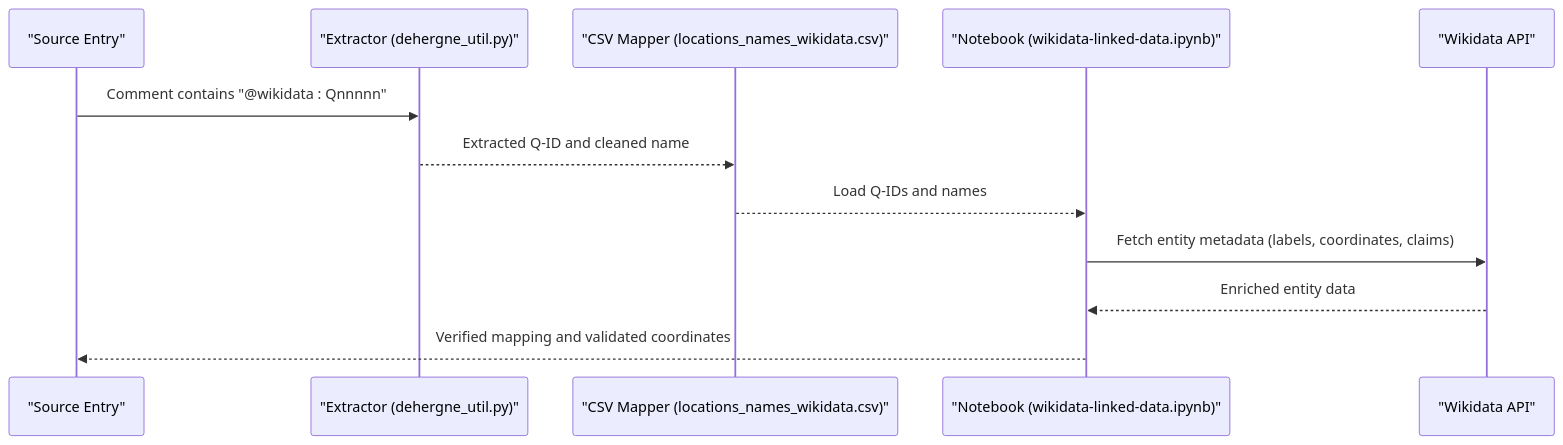
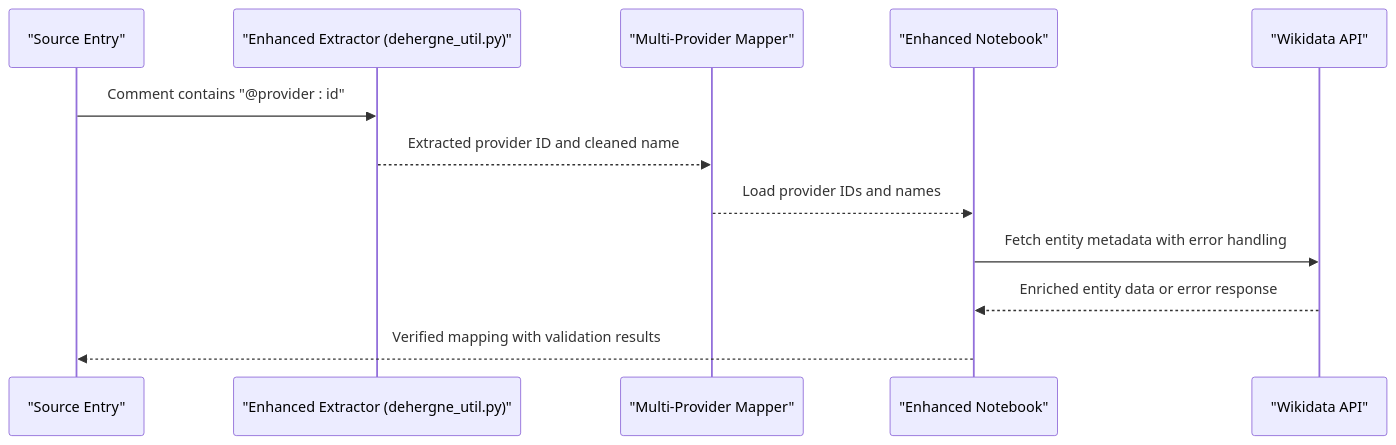
One commit to joaquimrcarvalho/dehergne-locations changed the second of 4 diagrams in .qoder/repowiki/en/content/Data Enrichment/Wikidata Integration.md. Above: the diagram before and after it, drawn with Mermaid. The commit also changed other lines of this file and 8 other files, not shown here.

````diff
--- a/.qoder/repowiki/en/content/Data Enrichment/Wikidata Integration.md
+++ b/.qoder/repowiki/en/content/Data Enrichment/Wikidata Integration.md
@@ -86,14 +112,14 @@
 ```mermaid
 sequenceDiagram
 participant SRC as "Source Entry"
-participant EX as "Extractor (dehergne_util.py)"
-participant MAP as "CSV Mapper (locations_names_wikidata.csv)"
-participant NB as "Notebook (wikidata-linked-data.ipynb)"
+participant EX as "Enhanced Extractor (dehergne_util.py)"
+participant MAP as "Multi-Provider Mapper"
+participant NB as "Enhanced Notebook"
 participant WD as "Wikidata API"
-SRC->>EX : Comment contains "@wikidata : Qnnnnn"
-EX-->>MAP : Extracted Q-ID and cleaned name
-MAP-->>NB : Load Q-IDs and names
-NB->>WD : Fetch entity metadata (labels, coordinates, claims)
-WD-->>NB : Enriched entity data
-NB-->>SRC : Verified mapping and validated coordinates
+SRC->>EX : Comment contains "@provider : id"
+EX-->>MAP : Extracted provider ID and cleaned name
+MAP-->>NB : Load provider IDs and names
+NB->>WD : Fetch entity metadata with error handling
+WD-->>NB : Enriched entity data or error response
+NB-->>SRC : Verified mapping with validation results
 ```
````
